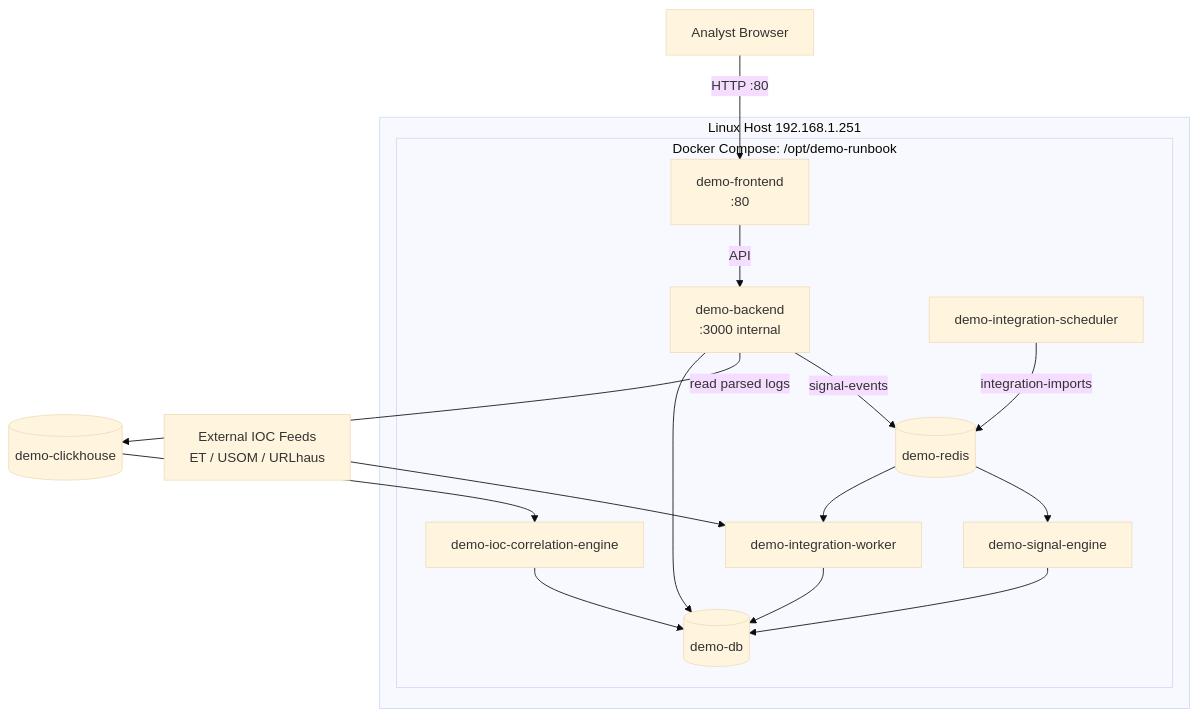
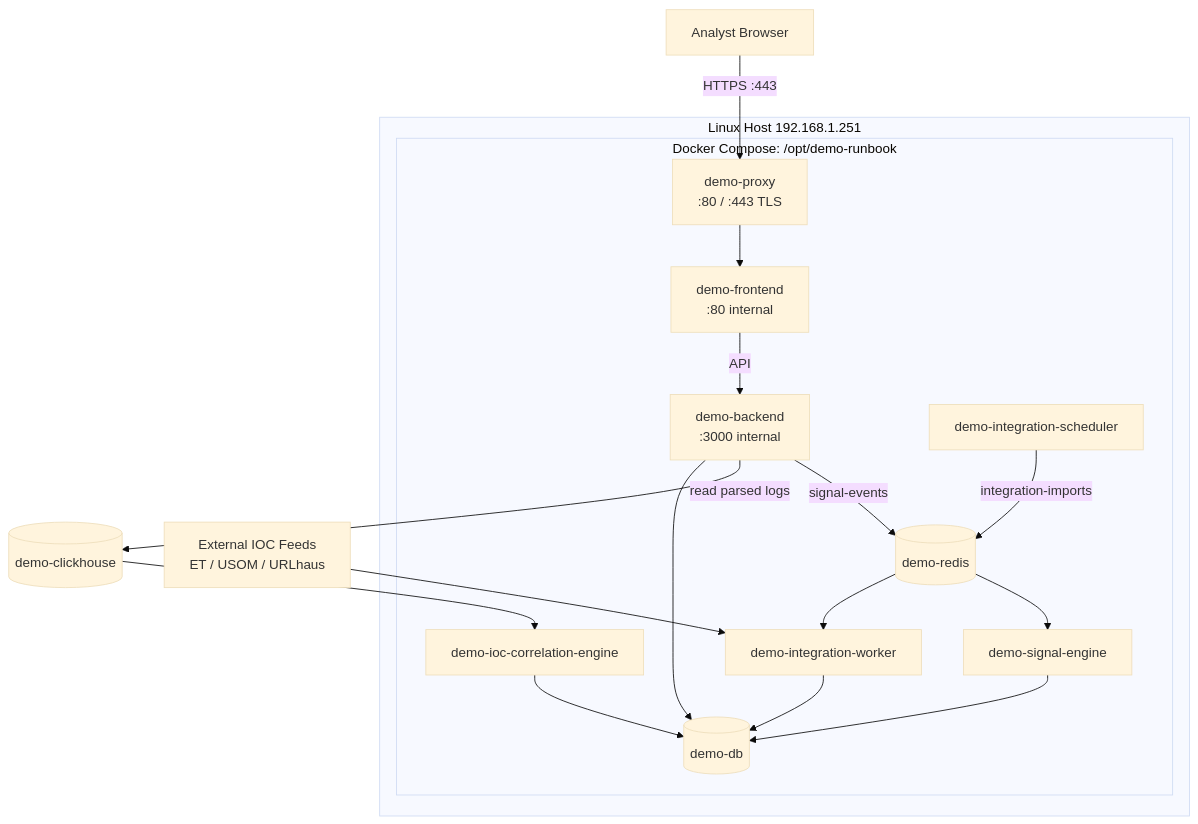
Before and after one commit to spatronn/TalonHound: the second of 2 diagrams in docs/system-diagram.md, drawn with Mermaid (base theme). The commit also changed 10 other files, not shown here.

Commit message:
feat(proxy): TLS termination on 443; frontend internal only

````diff
--- a/docs/system-diagram.md
+++ b/docs/system-diagram.md
@@ -34,34 +34,36 @@
 ```mermaid
 flowchart TB
     IOC[External IOC Feeds\nET / USOM / URLhaus]
 
     subgraph HOST[Linux Host 192.168.1.251]
       subgraph COMPOSE[Docker Compose: /opt/demo-runbook]
-        FE[demo-frontend\n:80]
+        RP[demo-proxy\n:80 / :443 TLS]
+        FE[demo-frontend\n:80 internal]
         BE[demo-backend\n:3000 internal]
         R[(demo-redis)]
         DB[(demo-db)]
         SE[demo-signal-engine]
         ICE[demo-ioc-correlation-engine]
         IS[demo-integration-scheduler]
         IW[demo-integration-worker]
       end
     end
 
-    USER[Analyst Browser] -->|HTTP :80| FE
+    USER[Analyst Browser] -->|HTTPS :443| RP
+    RP --> FE
     FE -->|API| BE
 
     BE -->|signal-events| R
     R --> SE
     SE --> DB
     BE -->|read parsed logs| CH[(demo-clickhouse)]
     CH --> ICE
     ICE --> DB
 
     IS -->|integration-imports| R
     R --> IW
     IOC --> IW
     IW --> DB
 
     BE --> DB
 ```
````
